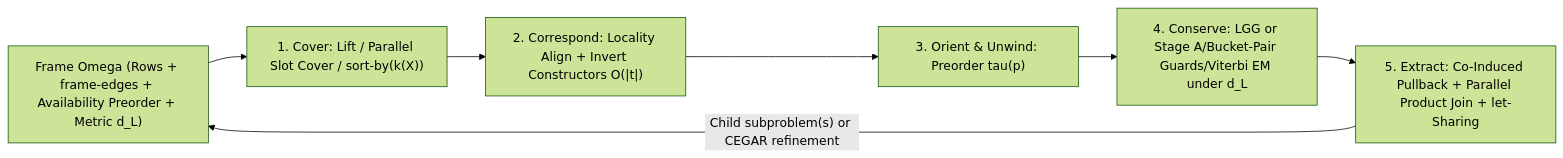
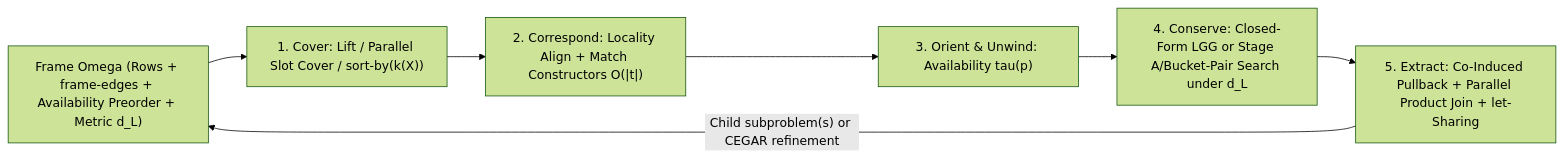
Before and after one commit to Astera-org/lisploop: the diagram in plan8.md, drawn with Mermaid (forest theme). The commit also changed other lines of this file, not shown here.

````diff
--- a/plan8.md
+++ b/plan8.md
@@ -136,9 +98,9 @@
 ```mermaid
 flowchart LR
     F["Frame Omega (Rows + frame-edges + Availability Preorder + Metric d_L)"] --> C1["1. Cover: Lift / Parallel Slot Cover / sort-by(k(X))"]
-    C1 --> C2["2. Correspond: Locality Align + Invert Constructors O(|t|)"]
-    C2 --> C3["3. Orient & Unwind: Preorder tau(p)<tau(q) + Symbolic/Heuristic Solvers"]
-    C3 --> C4["4. Conserve: LGG or Stage A/Bucket-Pair Guards/Viterbi EM under d_L"]
+    C1 --> C2["2. Correspond: Locality Align + Match Constructors O(|t|)"]
+    C2 --> C3["3. Orient & Unwind: Availability tau(p)<tau(q) + Symbolic/Heuristic Solvers"]
+    C3 --> C4["4. Conserve: Closed-Form LGG or Stage A/Bucket-Pair Search under d_L"]
     C4 --> C5["5. Extract: Co-Induced Pullback + Parallel Product Join + let-Sharing"]
     C5 -->|"Child subproblem(s) or CEGAR refinement"| F
 ```
````
